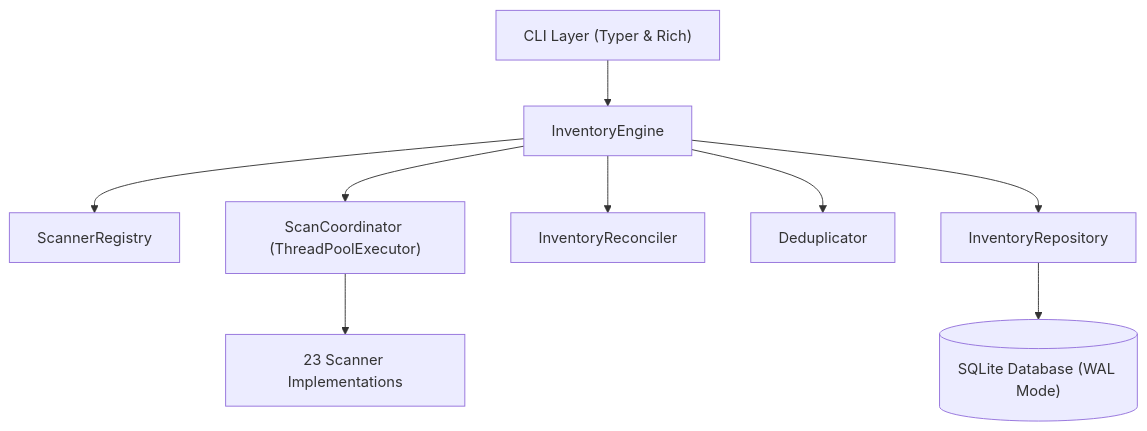
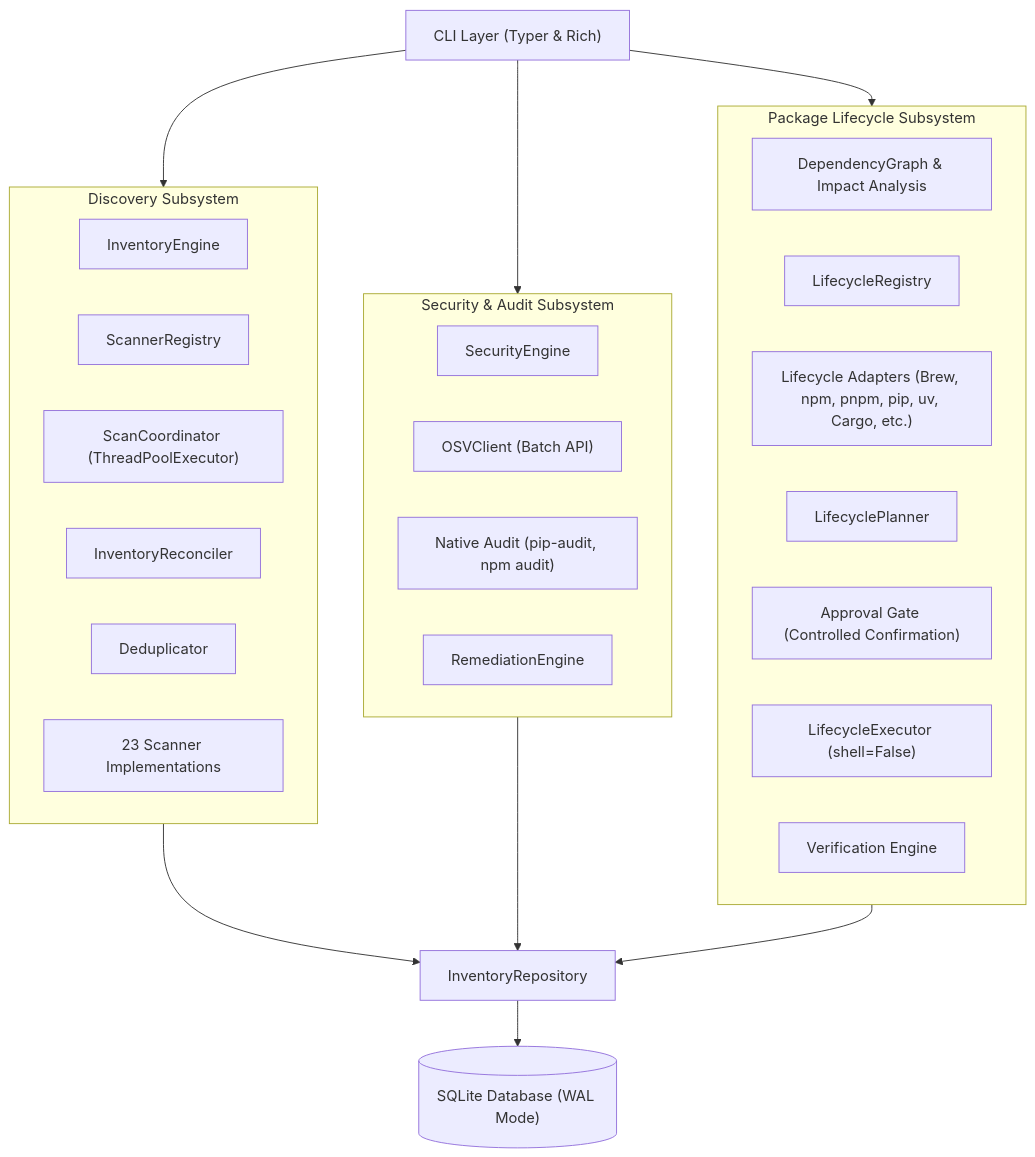
One commit to VinitSurve/inv-cli changed the diagram in docs/architecture.md. Above: the diagram before and after it, drawn with Mermaid. The commit also changed other lines of this file and 49 other files, not shown here.

Commit message:
feat(lifecycle): implement package lifecycle management, vulnerability auditing, and controlled execution engine

````diff
--- a/docs/architecture.md
+++ b/docs/architecture.md
@@ -7,20 +7,43 @@
 ```mermaid
 flowchart TD
     CLI["CLI Layer (Typer & Rich)"]
-    ENGINE["InventoryEngine"]
-    REG["ScannerRegistry"]
-    COORD["ScanCoordinator (ThreadPoolExecutor)"]
-    RECON["InventoryReconciler"]
-    DEDUP["Deduplicator"]
+    
+    subgraph Discovery ["Discovery Subsystem"]
+        ENGINE["InventoryEngine"]
+        REG["ScannerRegistry"]
+        COORD["ScanCoordinator (ThreadPoolExecutor)"]
+        RECON["InventoryReconciler"]
+        DEDUP["Deduplicator"]
+        Scanners["23 Scanner Implementations"]
+    end
+
+    subgraph Security ["Security & Audit Subsystem"]
+        SEC_ENG["SecurityEngine"]
+        OSV["OSVClient (Batch API)"]
+        NATIVE_AUDIT["Native Audit (pip-audit, npm audit)"]
+        REMED["RemediationEngine"]
+    end
+
+    subgraph Lifecycle ["Package Lifecycle Subsystem"]
+        DEP_GRAPH["DependencyGraph & Impact Analysis"]
+        LIFECYCLE_REG["LifecycleRegistry"]
+        ADAPTERS["Lifecycle Adapters (Brew, npm, pnpm, pip, uv, Cargo, etc.)"]
+        PLANNER["LifecyclePlanner"]
+        APPROVAL["Approval Gate (Controlled Confirmation)"]
+        EXECUTOR["LifecycleExecutor (shell=False)"]
+        VERIFY["Verification Engine"]
+    end
+
     REPO["InventoryRepository"]
     DB[("SQLite Database (WAL Mode)")]
 
-    CLI --> ENGINE
-    ENGINE --> REG
-    ENGINE --> COORD
-    COORD --> Scanners["23 Scanner Implementations"]
-    ENGINE --> RECON
-    ENGINE --> DEDUP
-    ENGINE --> REPO
+    CLI --> Discovery
+    CLI --> Security
+    CLI --> Lifecycle
+    
+    Discovery --> REPO
+    Security --> REPO
+    Lifecycle --> REPO
+    
     REPO --> DB
 ```
````
